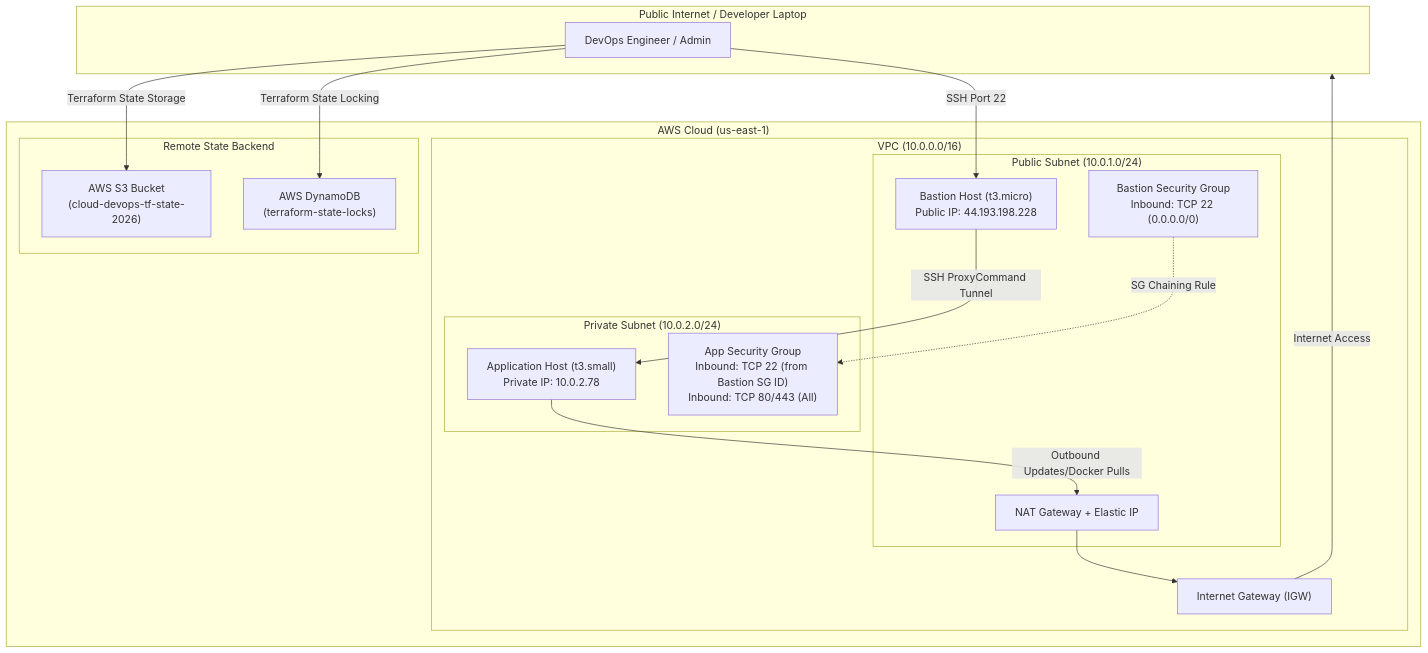
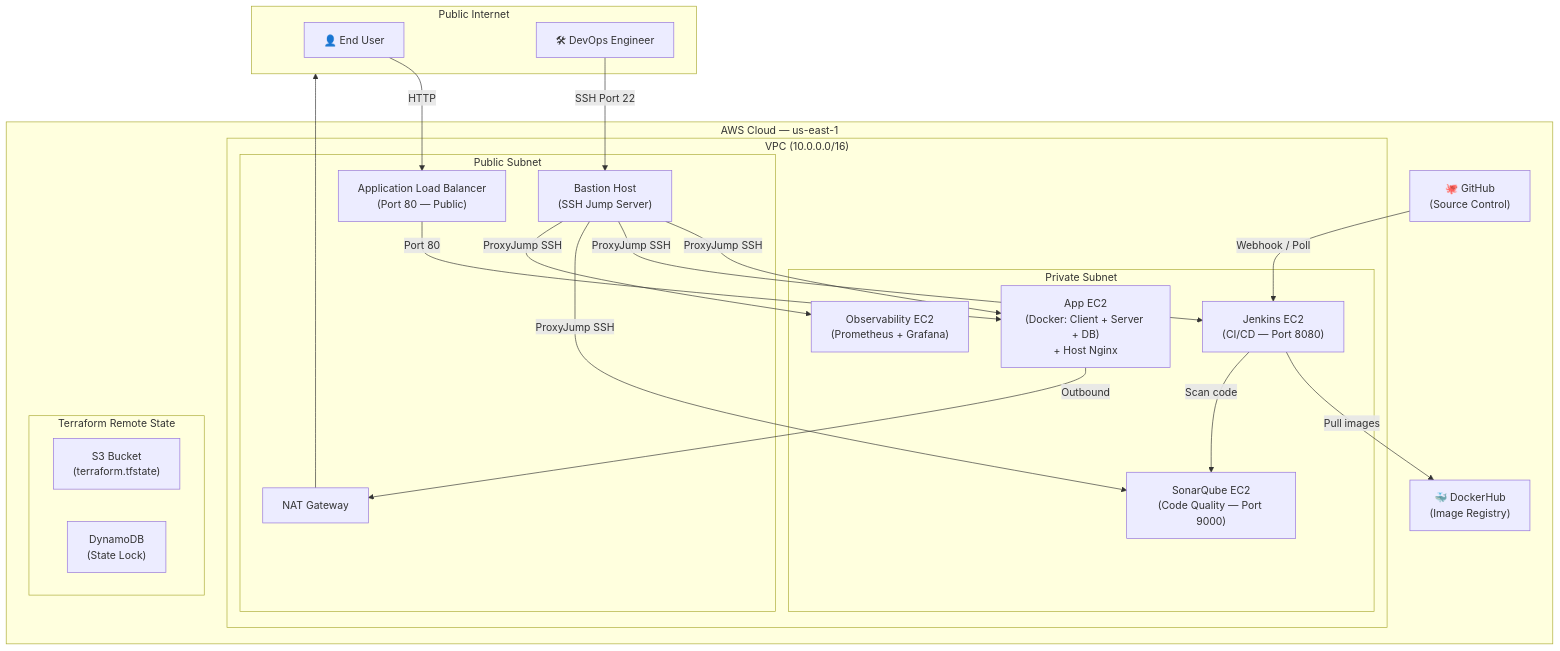
One commit to hawkhanandev/cloud-devops-lab-26 changed the first of 5 diagrams in README.md. Above: the diagram before and after it, drawn with Mermaid. The commit also changed other lines of this file and 1 other file, not shown here.

````diff
--- a/README.md
+++ b/README.md
@@ -64,44 +39,46 @@
 ```mermaid
 flowchart TB
-    subgraph Internet ["Public Internet / Developer Laptop"]
-        Dev["DevOps Engineer / Admin"]
+    subgraph Internet["Public Internet"]
+        User["👤 End User"]
+        Admin["🛠 DevOps Engineer"]
     end
 
-    subgraph AWS ["AWS Cloud (us-east-1)"]
-        subgraph VPC ["VPC (10.0.0.0/16)"]
-            IGW["Internet Gateway (IGW)"]
-            
-            subgraph PublicSubnet ["Public Subnet (10.0.1.0/24)"]
-                Bastion["Bastion Host (t3.micro)
-Public IP: 44.193.198.228"]
-                NAT["NAT Gateway + Elastic IP"]
-                BastionSG["Bastion Security Group
-Inbound: TCP 22 (0.0.0.0/0)"]
+    subgraph AWS["AWS Cloud — us-east-1"]
+        subgraph VPC["VPC (10.0.0.0/16)"]
+
+            subgraph PublicSubnet["Public Subnet"]
+                ALB["Application Load Balancer\n(Port 80 — Public)"]
+                Bastion["Bastion Host\n(SSH Jump Server)"]
+                NAT["NAT Gateway"]
             end
-            
-            subgraph PrivateSubnet ["Private Subnet (10.0.2.0/24)"]
-                AppServer["Application Host (t3.small)
-Private IP: 10.0.2.78"]
-                AppSG["App Security Group
-Inbound: TCP 22 (from Bastion SG ID)
-Inbound: TCP 80/443 (All)"]
+
+            subgraph PrivateSubnet["Private Subnet"]
+                AppEC2["App EC2\n(Docker: Client + Server + DB)\n+ Host Nginx"]
+                JenkinsEC2["Jenkins EC2\n(CI/CD — Port 8080)"]
+                SonarEC2["SonarQube EC2\n(Code Quality — Port 9000)"]
+                ObsEC2["Observability EC2\n(Prometheus + Grafana)"]
             end
+
         end
-        
-        subgraph Backend ["Remote State Backend"]
-            S3["AWS S3 Bucket
-(cloud-devops-tf-state-2026)"]
-            DDB["AWS DynamoDB
-(terraform-state-locks)"]
+
+        subgraph Backend["Terraform Remote State"]
+            S3["S3 Bucket\n(terraform.tfstate)"]
+            DDB["DynamoDB\n(State Lock)"]
         end
+
+        DockerHub["🐳 DockerHub\n(Image Registry)"]
+        GitHub["🐙 GitHub\n(Source Control)"]
     end
 
-    Dev -->|SSH Port 22| Bastion
-    Bastion -->|SSH ProxyCommand Tunnel| AppServer
-    Dev -->|Terraform State Locking| DDB
-    Dev -->|Terraform State Storage| S3
-    AppServer -->|Outbound Updates/Docker Pulls| NAT
-    NAT --> IGW
-    IGW -->|Internet Access| Internet
-    BastionSG -.->|SG Chaining Rule| AppSG
+    User -->|HTTP| ALB
+    ALB -->|Port 80| AppEC2
+    Admin -->|SSH Port 22| Bastion
+    Bastion -->|ProxyJump SSH| AppEC2
+    Bastion -->|ProxyJump SSH| JenkinsEC2
+    Bastion -->|ProxyJump SSH| SonarEC2
+    Bastion -->|ProxyJump SSH| ObsEC2
+    AppEC2 -->|Outbound| NAT --> Internet
+    JenkinsEC2 -->|Pull images| DockerHub
+    JenkinsEC2 -->|Scan code| SonarEC2
+    GitHub -->|Webhook / Poll| JenkinsEC2
 ```
````
